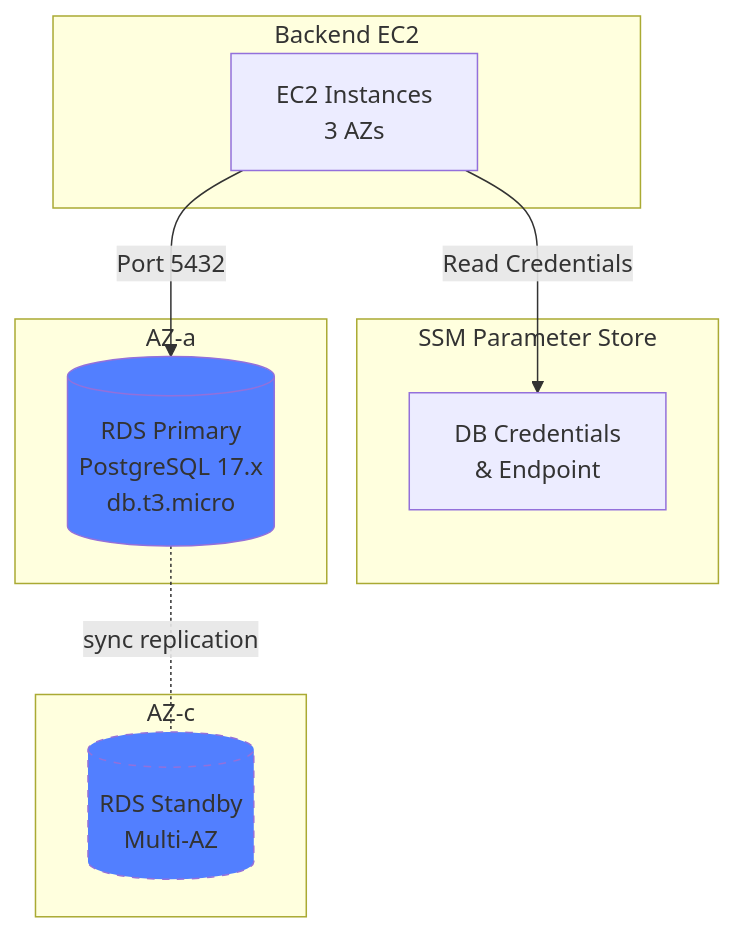
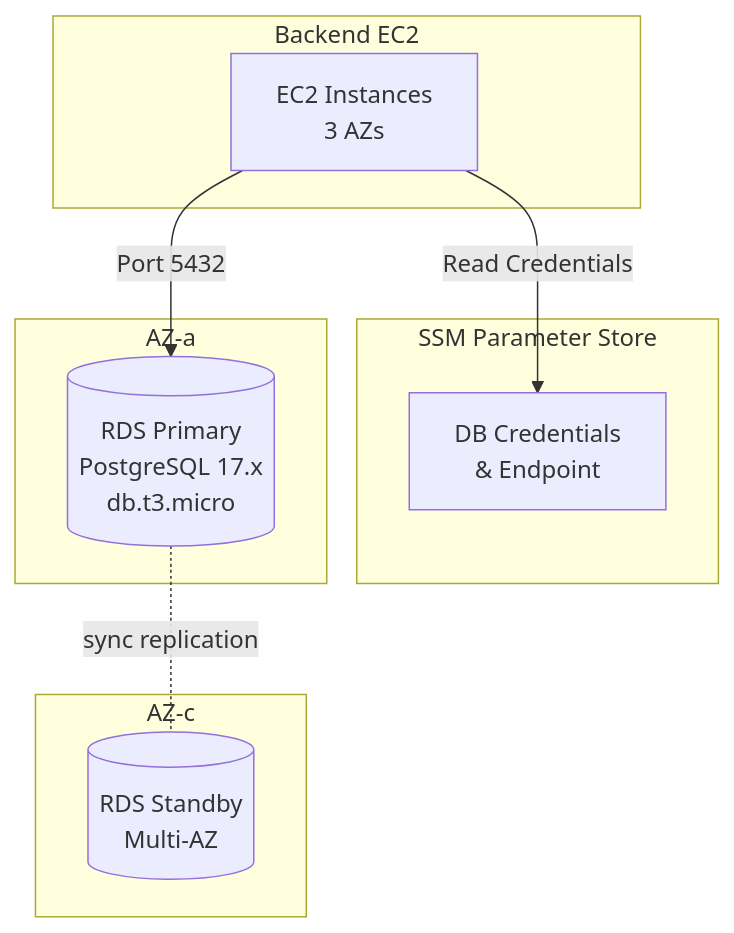
The fifth of 9 diagrams in ARCHITECTURE.md (OrangesCloud/wealist-terraform-prod), drawn with Mermaid before and after one commit. The commit also changed other lines of this file, not shown here.

````diff
--- a/ARCHITECTURE.md
+++ b/ARCHITECTURE.md
@@ -380,25 +346,22 @@
 ```mermaid
 graph TB
     subgraph "Backend EC2"
         EC2[EC2 Instances<br/>3 AZs]
     end
 
     subgraph "SSM Parameter Store"
         SSM[DB Credentials<br/>& Endpoint]
     end
 
     subgraph "AZ-a"
         RDS_PRIMARY[(RDS Primary<br/>PostgreSQL 17.x<br/>db.t3.micro)]
     end
 
     subgraph "AZ-c"
         RDS_STANDBY[(RDS Standby<br/>Multi-AZ)]
     end
 
     EC2 -->|Read Credentials| SSM
     EC2 -->|Port 5432| RDS_PRIMARY
     RDS_PRIMARY -.sync replication.- RDS_STANDBY
-
-    style RDS_PRIMARY fill:#527FFF
-    style RDS_STANDBY fill:#527FFF,stroke-dasharray: 5 5
 ```
````
